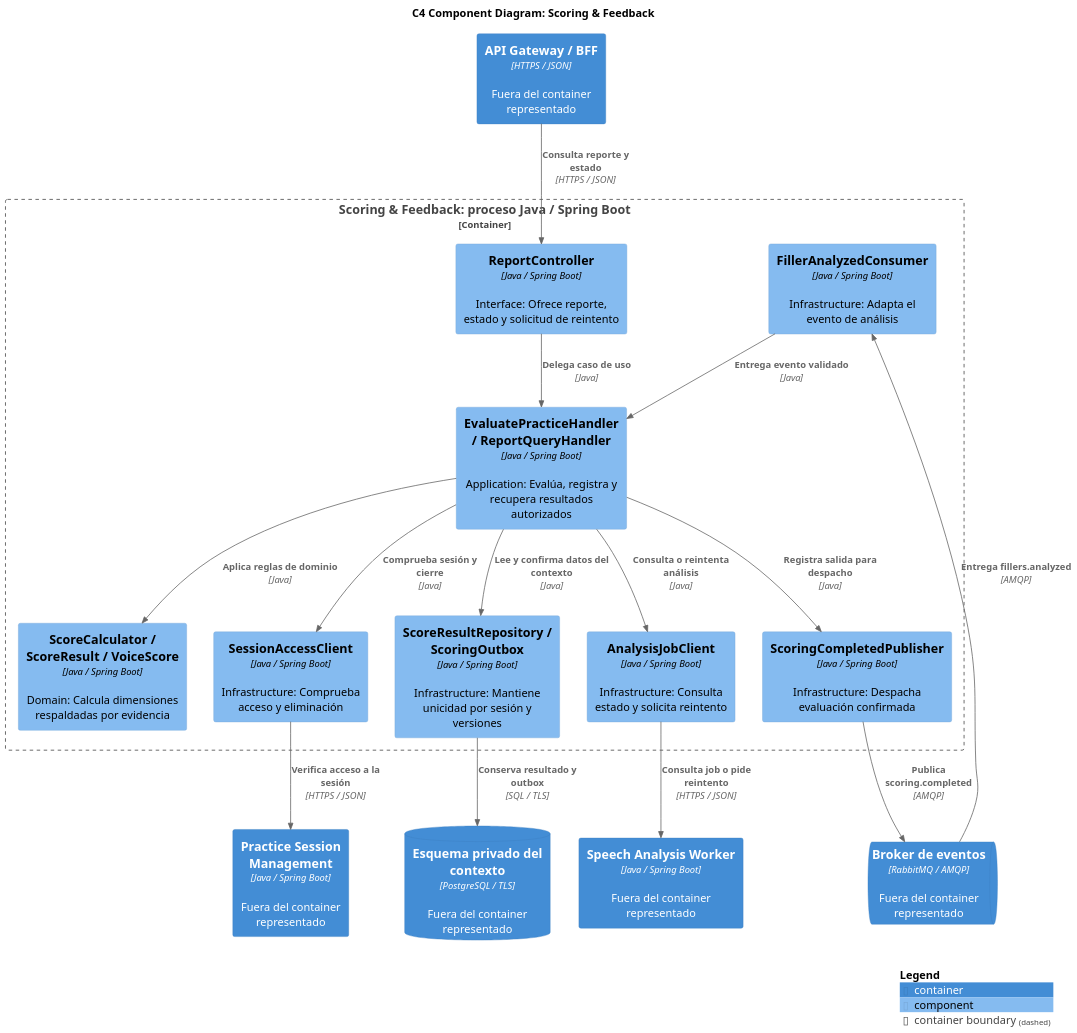
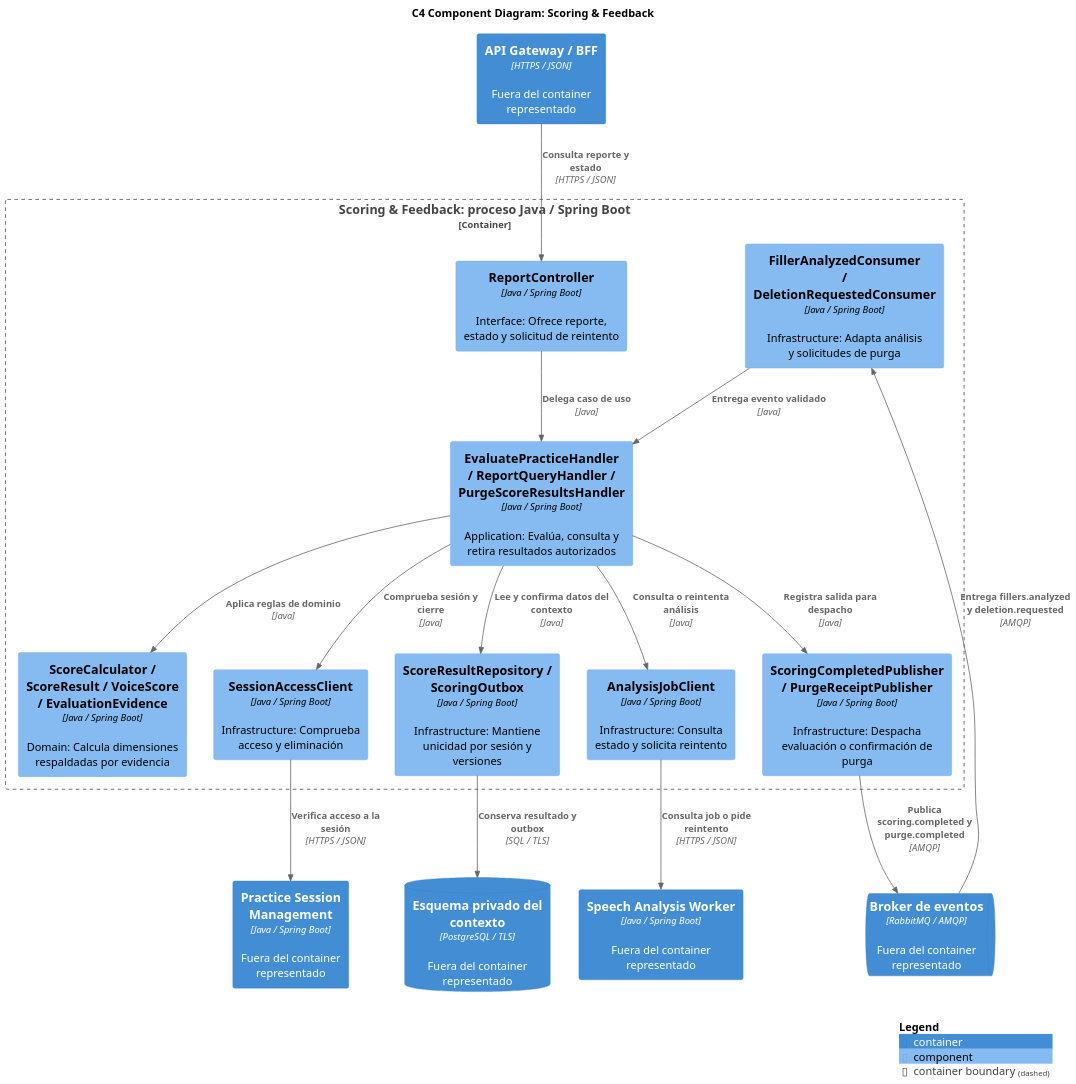
One commit to upc-pre-202620-si728-16365-thropic/talki-project-report changed the diagram in assets/diagrams/tactical/03-scoring-feedback-components.puml. Above: the diagram before and after it, drawn with PlantUML. The commit also changed 11 other files, not shown here.

First line of the commit message:
docs(tactical): conserva evidencia y controla purga y progreso

```diff
--- a/assets/diagrams/tactical/03-scoring-feedback-components.puml
+++ b/assets/diagrams/tactical/03-scoring-feedback-components.puml
@@ -1,36 +1,36 @@
 @startuml
 !include <C4/C4_Component>
 skinparam defaultFontName Arial
 skinparam dpi 150
 LAYOUT_TOP_DOWN()
 title C4 Component Diagram: Scoring & Feedback
 Container(analysis, "Speech Analysis Worker", "Java / Spring Boot", "Fuera del container representado")
 Container(bff, "API Gateway / BFF", "HTTPS / JSON", "Fuera del container representado")
 ContainerQueue(bus, "Broker de eventos", "RabbitMQ / AMQP", "Fuera del container representado")
 ContainerDb(db, "Esquema privado del contexto", "PostgreSQL / TLS", "Fuera del container representado")
 Container(sessions, "Practice Session Management", "Java / Spring Boot", "Fuera del container representado")
 Container_Boundary(scope, "Scoring & Feedback: proceso Java / Spring Boot") {
-  Component(consumer, "FillerAnalyzedConsumer", "Java / Spring Boot", "Infrastructure: Adapta el evento de análisis")
+  Component(consumer, "FillerAnalyzedConsumer / DeletionRequestedConsumer", "Java / Spring Boot", "Infrastructure: Adapta análisis y solicitudes de purga")
   Component(api, "ReportController", "Java / Spring Boot", "Interface: Ofrece reporte, estado y solicitud de reintento")
-  Component(app, "EvaluatePracticeHandler / ReportQueryHandler", "Java / Spring Boot", "Application: Evalúa, registra y recupera resultados autorizados")
-  Component(rules, "ScoreCalculator / ScoreResult / VoiceScore", "Java / Spring Boot", "Domain: Calcula dimensiones respaldadas por evidencia")
+  Component(app, "EvaluatePracticeHandler / ReportQueryHandler / PurgeScoreResultsHandler", "Java / Spring Boot", "Application: Evalúa, consulta y retira resultados autorizados")
+  Component(rules, "ScoreCalculator / ScoreResult / VoiceScore / EvaluationEvidence", "Java / Spring Boot", "Domain: Calcula dimensiones respaldadas por evidencia")
   Component(repo, "ScoreResultRepository / ScoringOutbox", "Java / Spring Boot", "Infrastructure: Mantiene unicidad por sesión y versiones")
-  Component(publisher, "ScoringCompletedPublisher", "Java / Spring Boot", "Infrastructure: Despacha evaluación confirmada")
+  Component(publisher, "ScoringCompletedPublisher / PurgeReceiptPublisher", "Java / Spring Boot", "Infrastructure: Despacha evaluación o confirmación de purga")
   Component(sessionClient, "SessionAccessClient", "Java / Spring Boot", "Infrastructure: Comprueba acceso y eliminación")
   Component(analysisClient, "AnalysisJobClient", "Java / Spring Boot", "Infrastructure: Consulta estado y solicita reintento")
 }
 Rel(api, app, "Delega caso de uso", "Java")
 Rel(consumer, app, "Entrega evento validado", "Java")
 Rel(app, rules, "Aplica reglas de dominio", "Java")
 Rel(app, repo, "Lee y confirma datos del contexto", "Java")
 Rel(app, sessionClient, "Comprueba sesión y cierre", "Java")
 Rel(app, analysisClient, "Consulta o reintenta análisis", "Java")
 Rel(app, publisher, "Registra salida para despacho", "Java")
-Rel(bus, consumer, "Entrega fillers.analyzed", "AMQP")
+Rel(bus, consumer, "Entrega fillers.analyzed y deletion.requested", "AMQP")
 Rel(bff, api, "Consulta reporte y estado", "HTTPS / JSON")
 Rel(repo, db, "Conserva resultado y outbox", "SQL / TLS")
-Rel(publisher, bus, "Publica scoring.completed", "AMQP")
+Rel(publisher, bus, "Publica scoring.completed y purge.completed", "AMQP")
 Rel(sessionClient, sessions, "Verifica acceso a la sesión", "HTTPS / JSON")
 Rel(analysisClient, analysis, "Consulta job o pide reintento", "HTTPS / JSON")
 SHOW_LEGEND()
 @enduml
```
